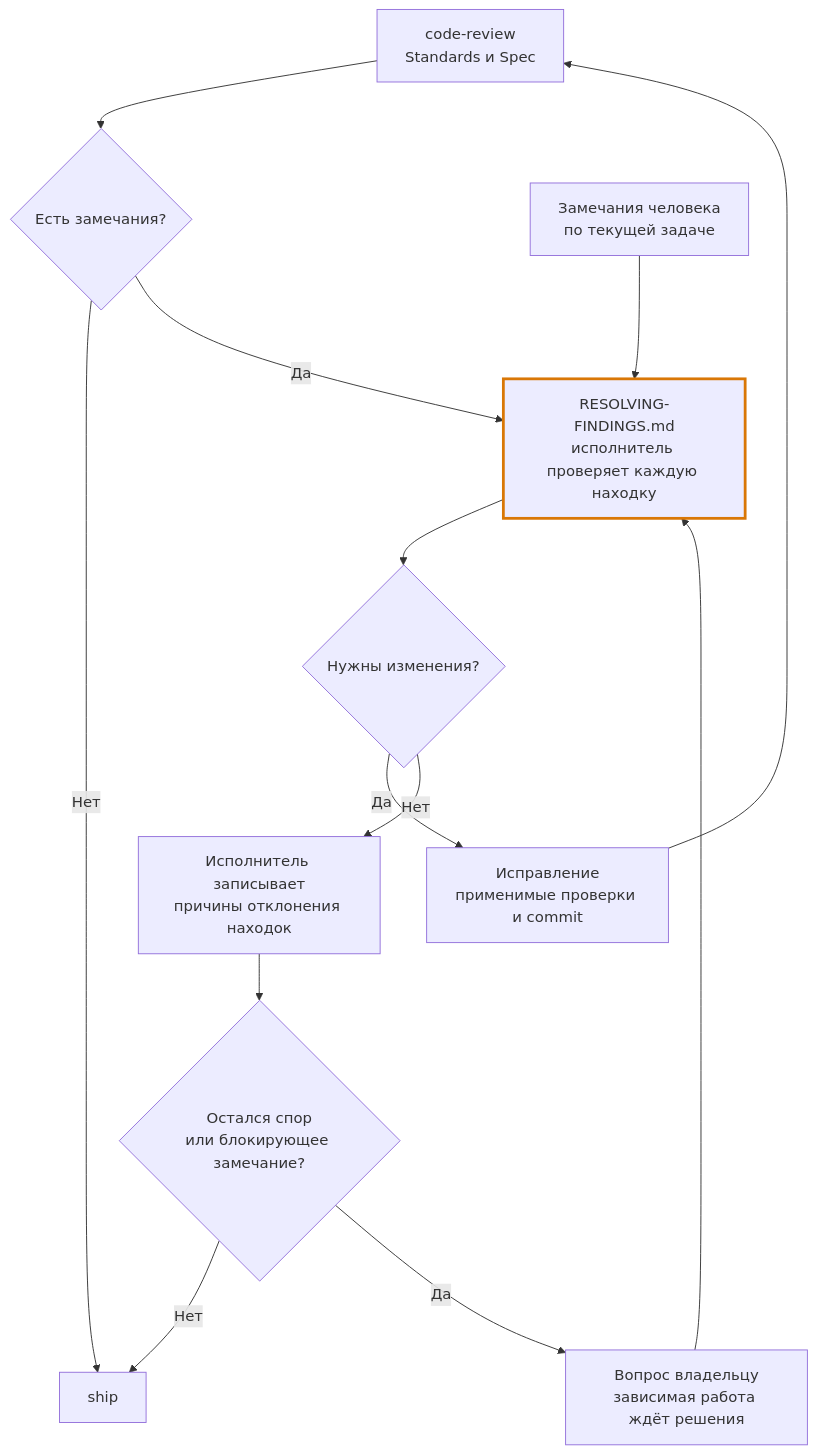
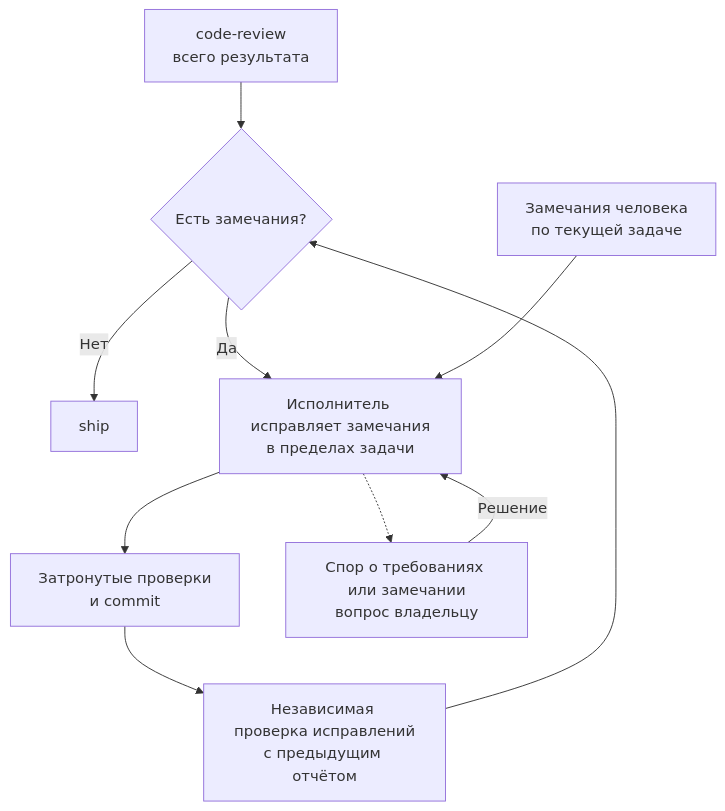
One commit to KirillSachkov/ai-first-platform changed the third of 3 diagrams in docs/development-flow.md. Above: the diagram before and after it, drawn with Mermaid. The commit also changed other lines of this file and 8 other files, not shown here.

````diff
--- a/docs/development-flow.md
+++ b/docs/development-flow.md
@@ -88,16 +86,12 @@
 ```mermaid
 flowchart TD
-    R["code-review<br/>Standards и Spec"] --> Q{"Есть замечания?"}
+    R["code-review<br/>всего результата"] --> Q{"Есть замечания?"}
     Q -->|Нет| S["ship"]
-    Q -->|Да| F["RESOLVING-FINDINGS.md<br/>исполнитель проверяет каждую находку"]
+    Q -->|Да| F["Исполнитель исправляет замечания<br/>в пределах задачи"]
     HR["Замечания человека<br/>по текущей задаче"] --> F
-    F --> C{"Нужны изменения?"}
-    C -->|Да| V["Исправление<br/>применимые проверки и commit"]
-    V --> R
-    C -->|Нет| J["Исполнитель записывает<br/>причины отклонения находок"]
-    J --> U{"Остался спор<br/>или блокирующее замечание?"}
-    U -->|Нет| S
-    U -->|Да| H["Вопрос владельцу<br/>зависимая работа ждёт решения"]
-    H --> F
-    style F stroke:#d97706,stroke-width:3px
+    F --> V["Затронутые проверки<br/>и commit"]
+    V --> RR["Независимая проверка исправлений<br/>с предыдущим отчётом"]
+    RR --> Q
+    F -.-> H["Спор о требованиях или замечании<br/>вопрос владельцу"]
+    H -->|Решение| F
 ```
````
